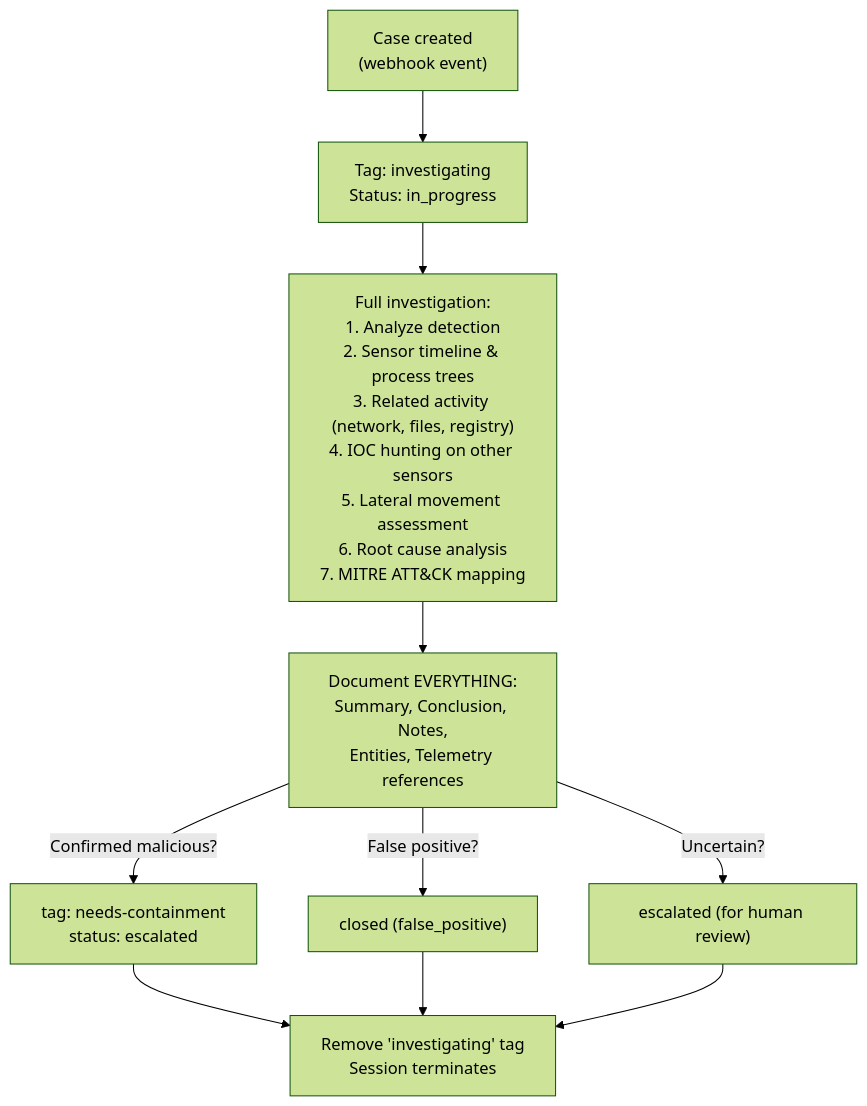
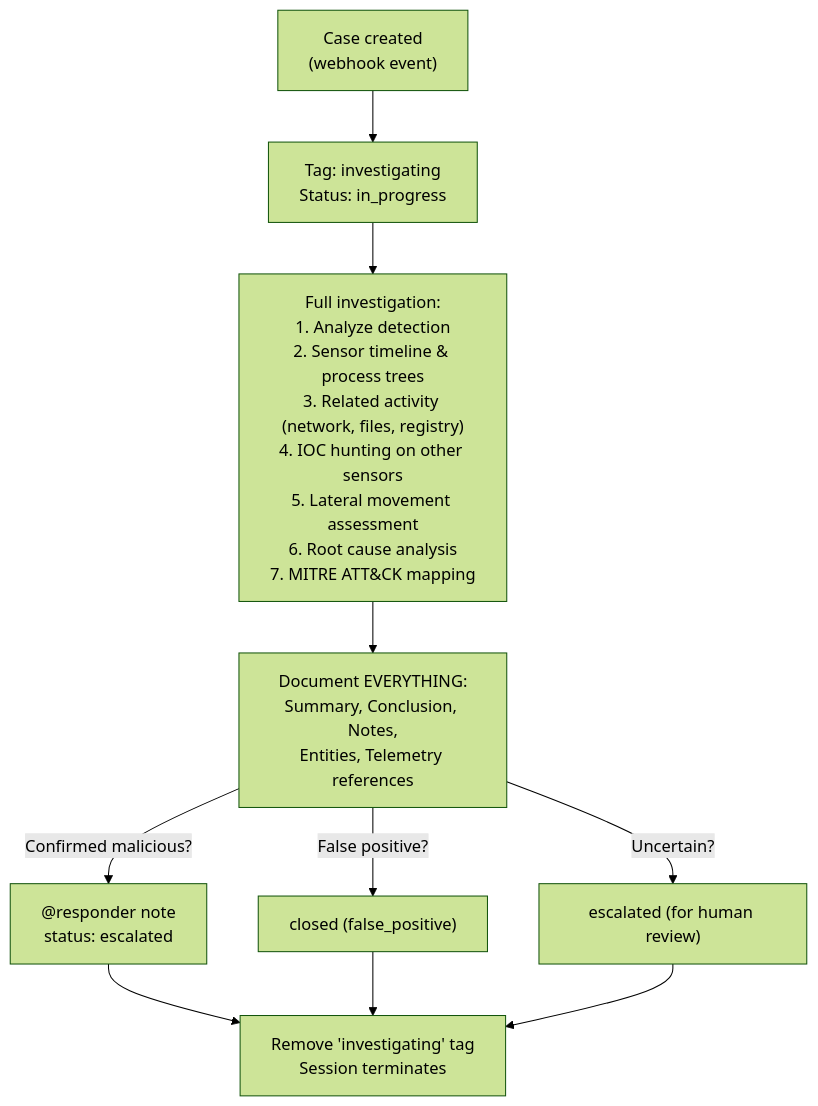
One commit to refractionPOINT/lc-ai changed the diagram in lc-soc/lean-soc/investigator/README.md. Above: the diagram before and after it, drawn with Mermaid (forest theme). The commit also changed other lines of this file and 4 other files, not shown here.

````diff
--- a/lc-soc/lean-soc/investigator/README.md
+++ b/lc-soc/lean-soc/investigator/README.md
@@ -7,12 +7,12 @@
 ```mermaid
 flowchart TD
     trigger["Case created<br/>(webhook event)"] --> tag["Tag: investigating<br/>Status: in_progress"]
     tag --> investigation["Full investigation:<br/>1. Analyze detection<br/>2. Sensor timeline & process trees<br/>3. Related activity (network, files, registry)<br/>4. IOC hunting on other sensors<br/>5. Lateral movement assessment<br/>6. Root cause analysis<br/>7. MITRE ATT&CK mapping"]
     investigation --> doc["Document EVERYTHING:<br/>Summary, Conclusion, Notes,<br/>Entities, Telemetry references"]
-    doc -->|Confirmed malicious?| contain["tag: needs-containment<br/>status: escalated"]
+    doc -->|Confirmed malicious?| contain["@responder note<br/>status: escalated"]
     doc -->|False positive?| closed["closed (false_positive)"]
     doc -->|Uncertain?| escalated["escalated (for human review)"]
     contain --> cleanup["Remove 'investigating' tag<br/>Session terminates"]
     closed --> cleanup
     escalated --> cleanup
 ```
````
